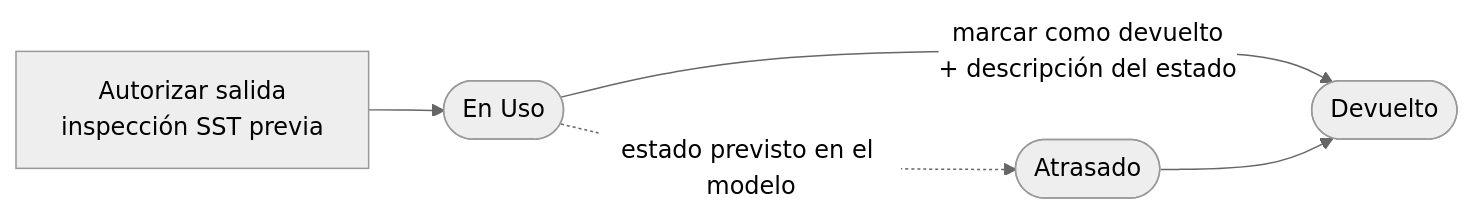
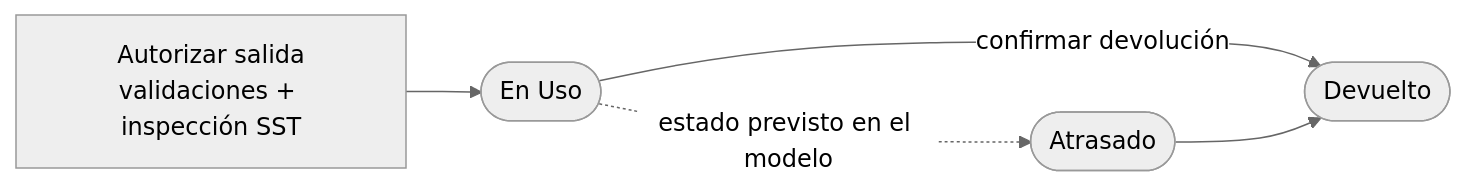
Before and after one commit to soofiapp/RyR: the diagram in README.md, drawn with Mermaid. The commit also changed other lines of this file and 57 other files, not shown here.

````diff
--- a/README.md
+++ b/README.md
@@ -93,8 +114,8 @@
 ```mermaid
 %%{init: {'theme':'neutral'}}%%
 flowchart LR
-    A["Autorizar salida<br/>inspección SST previa"] --> B(["En Uso"])
-    B -->|"marcar como devuelto<br/>+ descripción del estado"| D(["Devuelto"])
+    A["Autorizar salida<br/>validaciones + inspección SST"] --> B(["En Uso"])
+    B -->|"confirmar devolución"| D(["Devuelto"])
     B -.->|"estado previsto en el modelo"| C(["Atrasado"])
     C --> D
 ```
````
